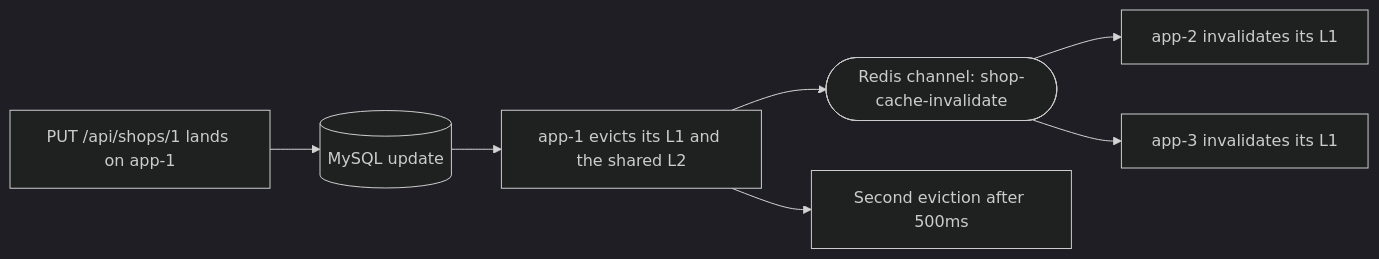
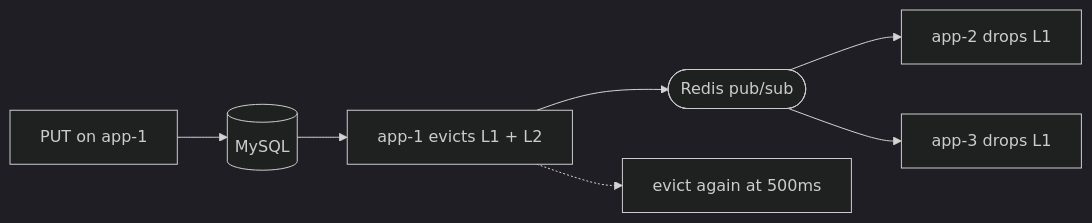
Before and after one commit to YuemengZheng/marthub-ecommerce-backend: the second of 2 diagrams in README.md, drawn with Mermaid (dark theme). The commit also changed other lines of this file, not shown here.

First line of the commit message:
README: fit the diagrams inside GitHub's mermaid viewport

````diff
--- a/README.md
+++ b/README.md
@@ -34,9 +33,9 @@
 ```mermaid
 flowchart LR
-    W["PUT /api/shops/1 lands on app-1"] --> DB[("MySQL update")]
-    DB --> E["app-1 evicts its L1 and the shared L2"]
-    E --> P(["Redis channel: shop-cache-invalidate"])
-    E --> D["Second eviction after 500ms"]
-    P --> A2["app-2 invalidates its L1"]
-    P --> A3["app-3 invalidates its L1"]
+    W["PUT on app-1"] --> DB[("MySQL")]
+    DB --> E["app-1 evicts L1 + L2"]
+    E --> P(["Redis pub/sub"])
+    P --> A2["app-2 drops L1"]
+    P --> A3["app-3 drops L1"]
+    E -.-> D["evict again at 500ms"]
 ```
````
